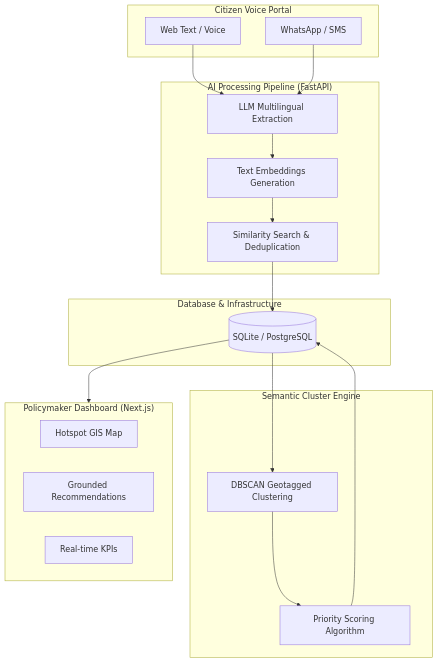
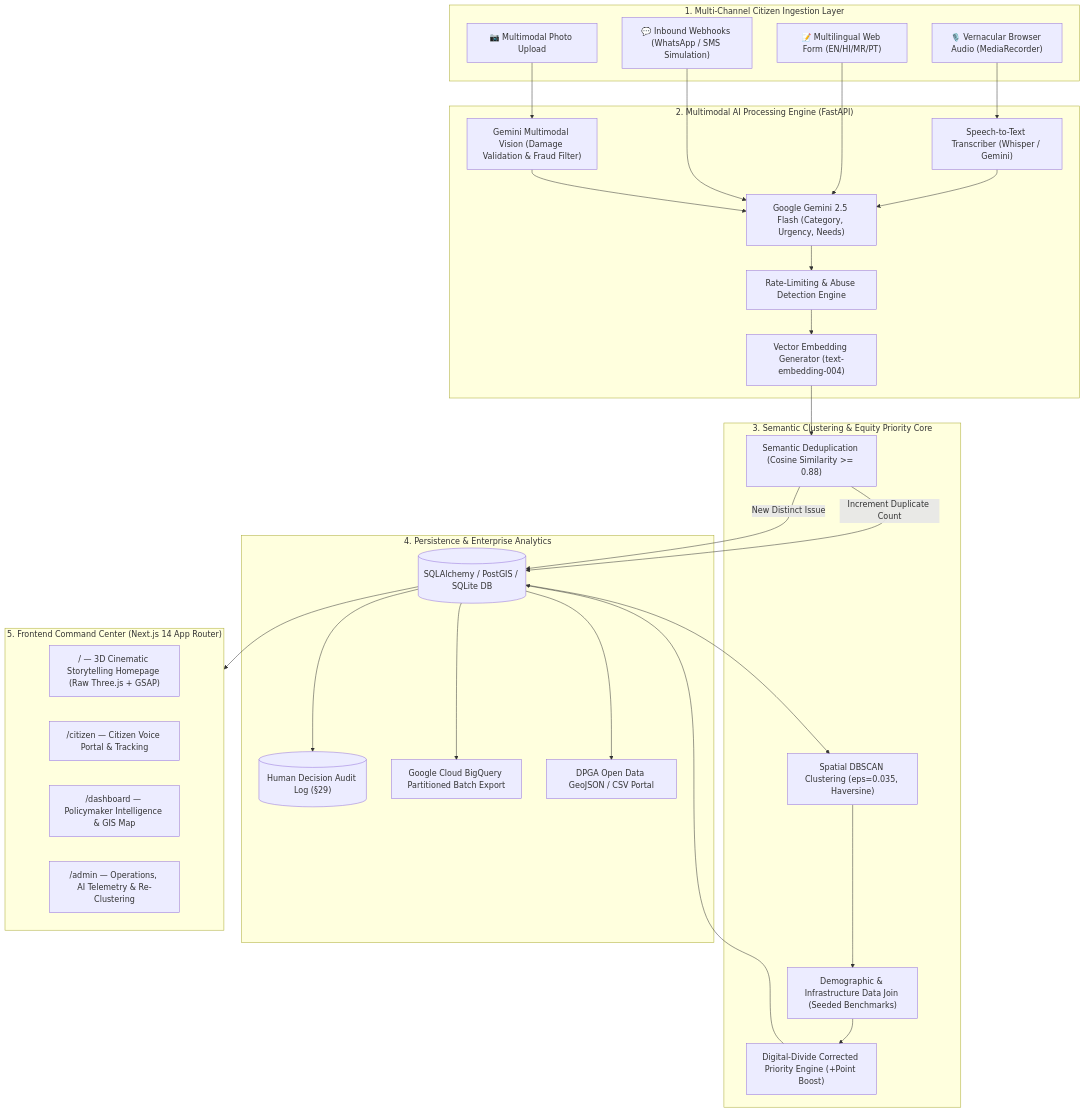
The diagram in README.md (leo-leo-691/civicpulse-ai), drawn with Mermaid before and after one commit. The commit also changed other lines of this file and 27 other files, not shown here.

Commit message:
Implement 3D redesign, admin console, and fixes

````diff
--- a/README.md
+++ b/README.md
@@ -27,44 +36,58 @@
 ```mermaid
-graph TD
-    %% Citizen Ingestion Layer
-    subgraph Ingestion["Citizen Voice Portal"]
-        Web[Web Text / Voice]
-        App[WhatsApp / SMS]
+flowchart TD
+    %% Citizen Ingestion Channels
+    subgraph Ingestion["1. Multi-Channel Citizen Ingestion Layer"]
+        Voice["🎙️ Vernacular Browser Audio (MediaRecorder)"]
+        Text["📝 Multilingual Web Form (EN/HI/MR/PT)"]
+        Msg["💬 Inbound Webhooks (WhatsApp / SMS Simulation)"]
+        Vision["📷 Multimodal Photo Upload"]
     end
 
-    %% Backend AI Pipeline
-    subgraph Pipeline["AI Processing Pipeline (FastAPI)"]
-        Extract[LLM Multilingual Extraction]
-        Embed[Text Embeddings Generation]
-        Dedup[Similarity Search & Deduplication]
+    %% AI Ingestion & Analysis Engine
+    subgraph AIEngine["2. Multimodal AI Processing Engine (FastAPI)"]
+        STT["Speech-to-Text Transcriber (Whisper / Gemini)"]
+        GeminiLLM["Google Gemini 2.5 Flash (Category, Urgency, Needs)"]
+        GeminiVision["Gemini Multimodal Vision (Damage Validation & Fraud Filter)"]
+        Embedder["Vector Embedding Generator (text-embedding-004)"]
+        RateLimit["Rate-Limiting & Abuse Detection Engine"]
     end
 
-    %% Semantic Engine & Hotspots
-    subgraph Engine["Semantic Cluster Engine"]
-        DBSCAN[DBSCAN Geotagged Clustering]
-        Priority[Priority Scoring Algorithm]
-    end
-    
-    %% Databases
-    subgraph Storage["Database & Infrastructure"]
-        SQL[(SQLite / PostgreSQL)]
+    %% Clustering & Scoring
+    subgraph AnalyticsEngine["3. Semantic Clustering & Equity Priority Core"]
+        Dedup["Semantic Deduplication (Cosine Similarity >= 0.88)"]
+        DBSCAN["Spatial DBSCAN Clustering (eps=0.035, Haversine)"]
+        CensusJoin["Demographic & Infrastructure Data Join (Seeded Benchmarks)"]
+        PriorityFormula["Digital-Divide Corrected Priority Engine (+Point Boost)"]
     end
 
-    %% Dashboard
-    subgraph Dashboard["Policymaker Dashboard (Next.js)"]
-        Map[Hotspot GIS Map]
-        Recommend[Grounded Recommendations]
-        Analytics[Real-time KPIs]
+    %% Storage & Analytics
+    subgraph StorageLayer["4. Persistence & Enterprise Analytics"]
+        DB[("SQLAlchemy / PostGIS / SQLite DB")]
+        AuditLog[("Human Decision Audit Log (§29)")]
+        BigQuery["Google Cloud BigQuery Partitioned Batch Export"]
+        OpenData["DPGA Open Data GeoJSON / CSV Portal"]
     end
 
-    %% Flow
-    Web --> Extract
-    App --> Extract
-    Extract --> Embed
-    Embed --> Dedup
-    Dedup --> SQL
-    SQL --> DBSCAN
-    DBSCAN --> Priority
-    Priority --> SQL
-    SQL --> Dashboard
+    %% Frontend Command Center
+    subgraph Frontend["5. Frontend Command Center (Next.js 14 App Router)"]
+        Story["/ — 3D Cinematic Storytelling Homepage (Raw Three.js + GSAP)"]
+        CitizenPortal["/citizen — Citizen Voice Portal & Tracking"]
+        Dashboard["/dashboard — Policymaker Intelligence & GIS Map"]
+        AdminConsole["/admin — Operations, AI Telemetry & Re-Clustering"]
+    end
+
+    %% Connections
+    Voice --> STT --> GeminiLLM
+    Text --> GeminiLLM
+    Msg --> GeminiLLM
+    Vision --> GeminiVision --> GeminiLLM
+    GeminiLLM --> RateLimit --> Embedder
+    Embedder --> Dedup
+    Dedup -->|Increment Duplicate Count| DB
+    Dedup -->|New Distinct Issue| DB
+    DB --> DBSCAN --> CensusJoin --> PriorityFormula --> DB
+    DB --> AuditLog
+    DB --> BigQuery
+    DB --> OpenData
+    DB --> Frontend
 ```
````
